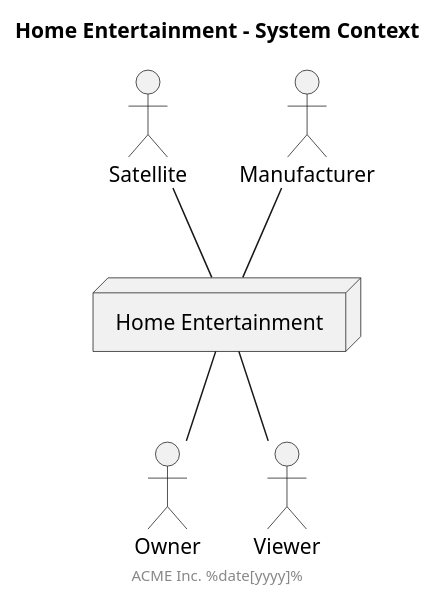
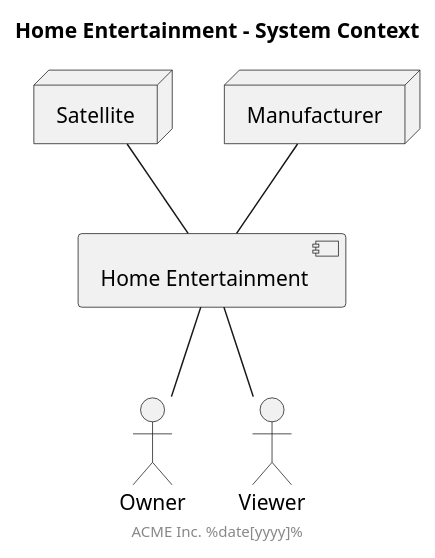
Before and after one commit to anoff/antora-arc42: the first of 2 diagrams in docs/modules/ROOT/pages/03_system_scope_and_context.adoc, drawn with PlantUML. The commit also changed other lines of this file and 3 other files, not shown here.

```diff
--- a/docs/modules/ROOT/pages/03_system_scope_and_context.adoc
+++ b/docs/modules/ROOT/pages/03_system_scope_and_context.adoc
@@ -41,18 +41,18 @@
 [plantuml, system-context-business, png]
 ....
 skinparam monochrome true
 title Home Entertainment - System Context
 footer ACME Inc. %date[yyyy]%
 
-node "Home Entertainment" as system
+component "Home Entertainment" as system
 
 actor Owner
 actor Viewer
-actor Manufacturer
-actor Satellite
+node Manufacturer
+node Satellite
 
 system -down- Owner
 system -down- Viewer
 system -up- Manufacturer
 system -up- Satellite
 ....
```
